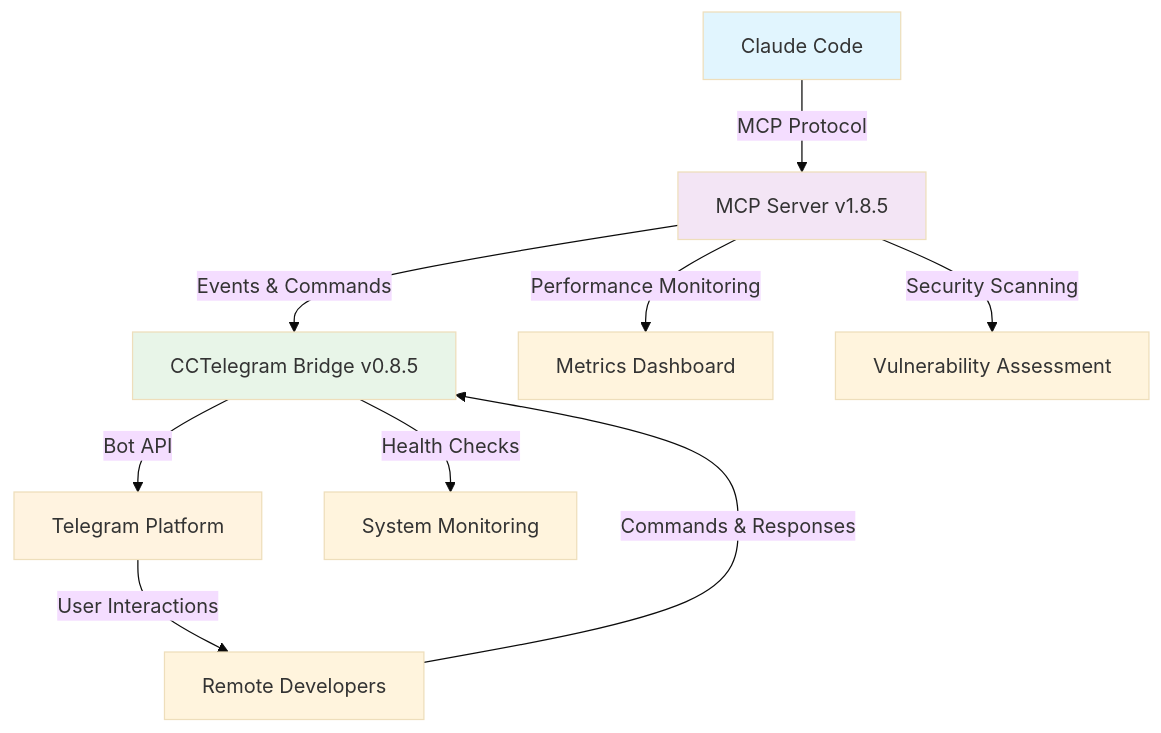
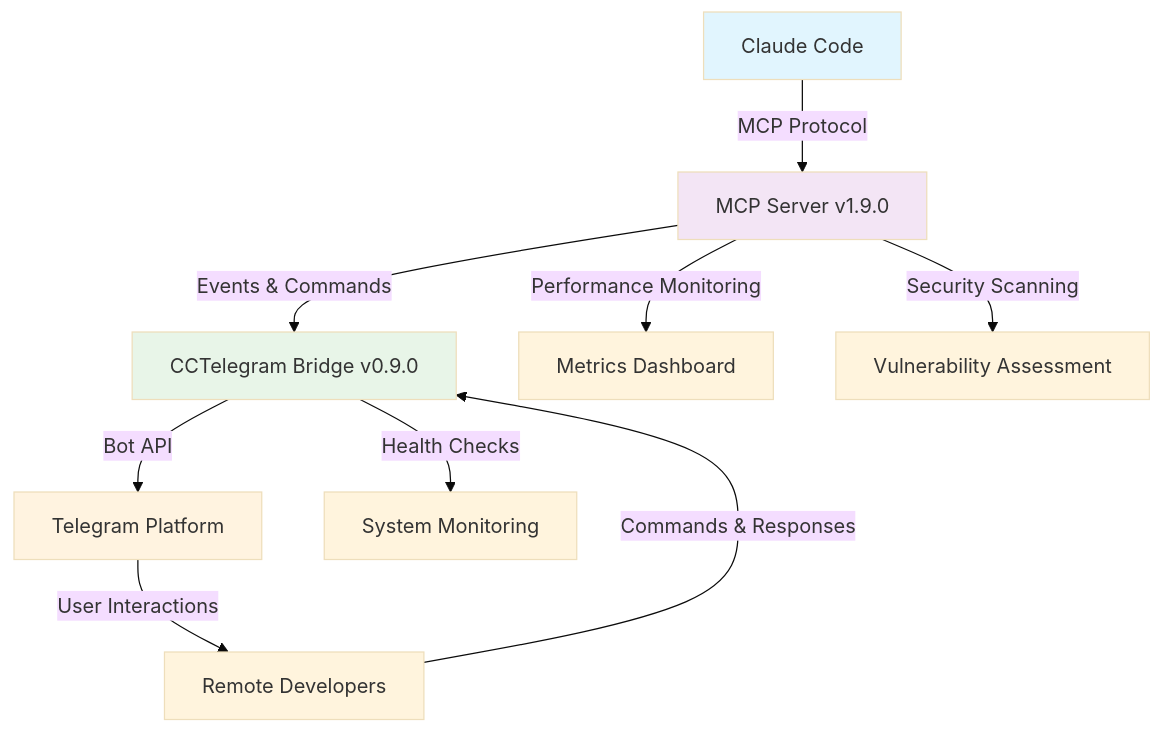
The diagram in docs/reports/DOCUMENTATION-OPTIMIZATION-FINAL-REPORT.md (co8/cctelegram), drawn with Mermaid (base theme) before and after one commit. The commit also changed 41 other files, not shown here.

First line of the commit message:
docs: consolidate and align Bridge/MCP documentation

````diff
--- a/docs/reports/DOCUMENTATION-OPTIMIZATION-FINAL-REPORT.md
+++ b/docs/reports/DOCUMENTATION-OPTIMIZATION-FINAL-REPORT.md
@@ -195,17 +195,17 @@
 ```mermaid
 graph TB
-    A[Claude Code] -->|MCP Protocol| B[MCP Server v1.8.5]
-    B -->|Events & Commands| C[CCTelegram Bridge v0.8.5] 
+    A[Claude Code] -->|MCP Protocol| B[MCP Server v1.9.0]
+    B -->|Events & Commands| C[CCTelegram Bridge v0.9.0] 
     C -->|Bot API| D[Telegram Platform]
     D -->|User Interactions| E[Remote Developers]
     E -->|Commands & Responses| C
     
     B -->|Performance Monitoring| F[Metrics Dashboard]
     B -->|Security Scanning| G[Vulnerability Assessment]
     C -->|Health Checks| H[System Monitoring]
     
     style A fill:#e1f5fe
     style B fill:#f3e5f5  
     style C fill:#e8f5e8
     style D fill:#fff3e0
 ```
````
